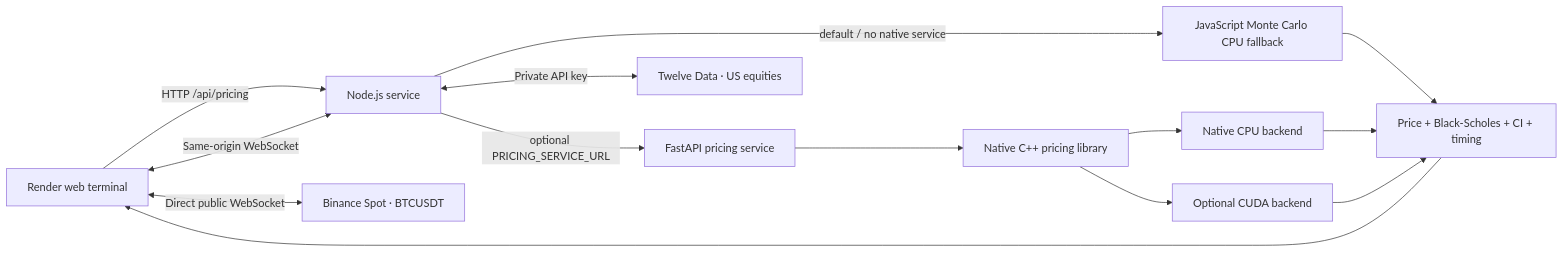
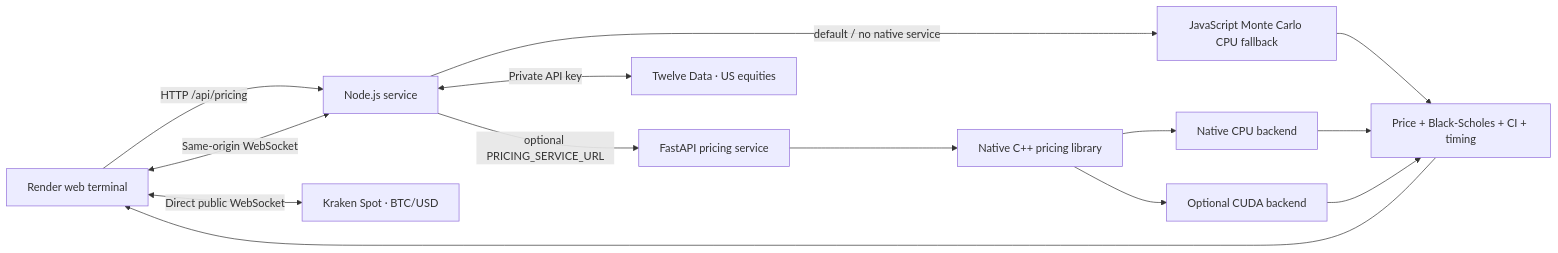
Before and after one commit to ram-mittal/UltraLOB: the third of 3 diagrams in README.md, drawn with Mermaid. The commit also changed other lines of this file, not shown here.

Commit message:
Update market data and architecture docs for Kraken BTC/USD

````diff
--- a/README.md
+++ b/README.md
@@ -418,17 +418,17 @@
 ```mermaid
 flowchart LR
   BROWSER["Render web terminal"] -->|HTTP /api/pricing| NODE["Node.js service"]
   NODE -->|default / no native service| CPUJS["JavaScript Monte Carlo CPU fallback"]
   NODE -->|optional PRICING_SERVICE_URL| FASTAPI["FastAPI pricing service"]
   FASTAPI --> NATIVE["Native C++ pricing library"]
   NATIVE --> CPU["Native CPU backend"]
   NATIVE --> CUDA["Optional CUDA backend"]
   CPUJS --> RESULT["Price + Black-Scholes + CI + timing"]
   CPU --> RESULT
   CUDA --> RESULT
   RESULT --> BROWSER
 
-  BROWSER <-->|Direct public WebSocket| BINANCE["Binance Spot · BTCUSDT"]
+  BROWSER <-->|Direct public WebSocket| KRAKEN["Kraken Spot · BTC/USD"]
   BROWSER <-->|Same-origin WebSocket| NODE
   NODE <-->|Private API key| TWELVE["Twelve Data · US equities"]
 ```
````
